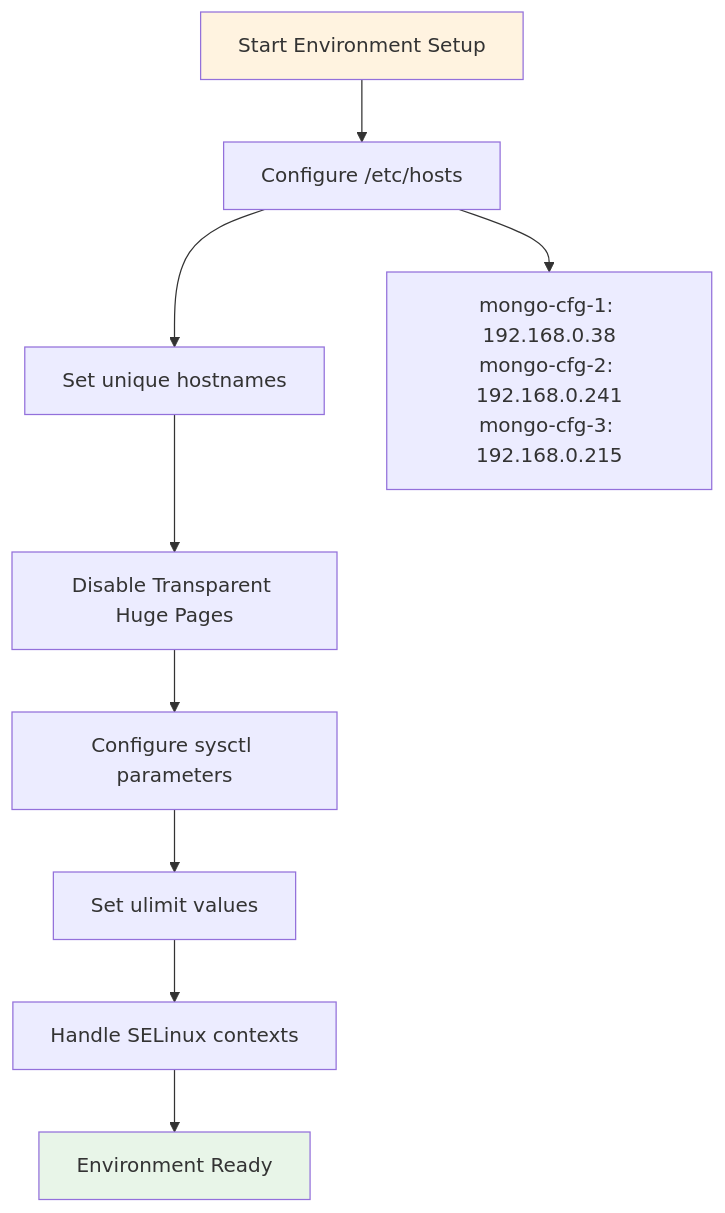
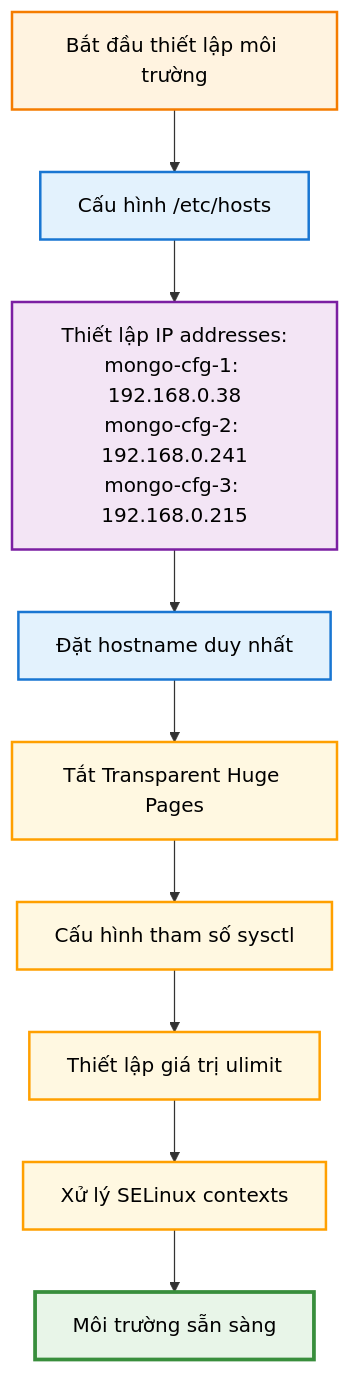
One commit to ngockhanhvd2812/DBA changed the second of 15 diagrams in DB/Mongo-Sharding/mongo-sharding-practice.md. Above: the diagram before and after it, drawn with Mermaid. The commit also changed other lines of this file, not shown here.

````diff
--- a/DB/Mongo-Sharding/mongo-sharding-practice.md
+++ b/DB/Mongo-Sharding/mongo-sharding-practice.md
@@ -75,16 +89,25 @@
 ```mermaid
 flowchart TD
-    A[Start Environment Setup] --> B[Configure /etc/hosts]
-    B --> C[Set unique hostnames]
-    C --> D[Disable Transparent Huge Pages]
-    D --> E[Configure sysctl parameters]
-    E --> F[Set ulimit values]
-    F --> G[Handle SELinux contexts]
-    G --> H[Environment Ready]
+    A["Bắt đầu thiết lập môi trường"] --> B["Cấu hình /etc/hosts"]
+    B --> B1["Thiết lập IP addresses:<br/>mongo-cfg-1: 192.168.0.38<br/>mongo-cfg-2: 192.168.0.241<br/>mongo-cfg-3: 192.168.0.215"]
+    B1 --> C["Đặt hostname duy nhất"]
+    C --> D["Tắt Transparent Huge Pages"]
+    D --> E["Cấu hình tham số sysctl"]
+    E --> F["Thiết lập giá trị ulimit"]
+    F --> G["Xử lý SELinux contexts"]
+    G --> H["Môi trường sẵn sàng"]
     
-    style A fill:#fff3e0
-    style H fill:#e8f5e8
+    %% Định nghĩa style classes
+    classDef startNode fill:#fff3e0,stroke:#f57c00,stroke-width:2px,color:#000
+    classDef configNode fill:#e3f2fd,stroke:#1976d2,stroke-width:2px,color:#000
+    classDef detailNode fill:#f3e5f5,stroke:#7b1fa2,stroke-width:2px,color:#000
+    classDef systemNode fill:#fff8e1,stroke:#ffa000,stroke-width:2px,color:#000
+    classDef endNode fill:#e8f5e8,stroke:#388e3c,stroke-width:3px,color:#000
     
-    B1["mongo-cfg-1: 192.168.0.38<br/>mongo-cfg-2: 192.168.0.241<br/>mongo-cfg-3: 192.168.0.215"]
-    B --> B1
+    %% Áp dụng styles
+    class A startNode
+    class B,C configNode
+    class B1 detailNode
+    class D,E,F,G systemNode
+    class H endNode
 ```
````
